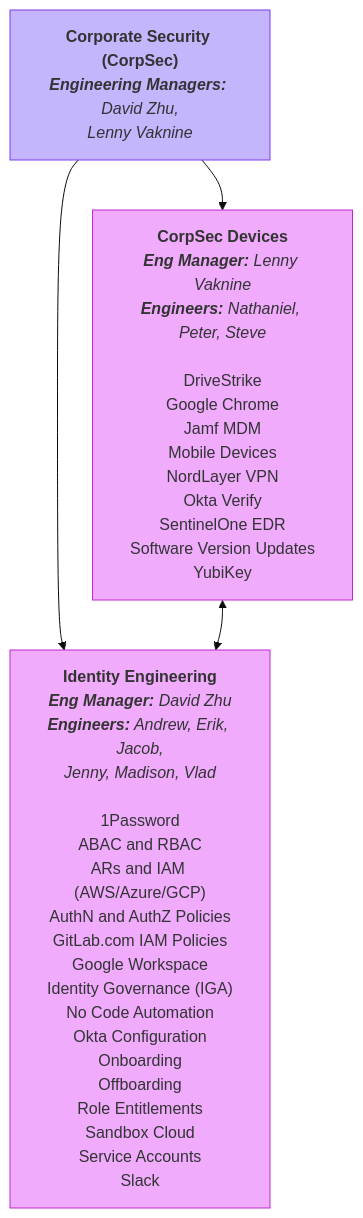
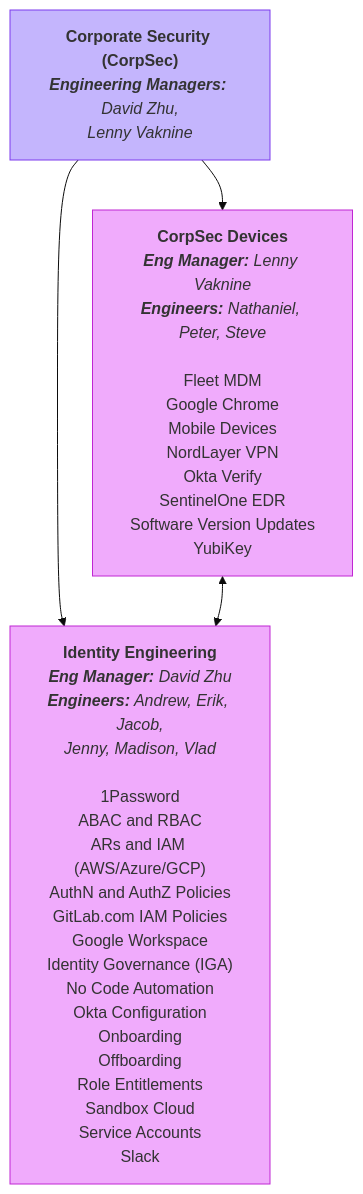
Before and after one commit to kyama0/gitlab-handbook-ja: the first of 2 diagrams in content/handbook/security/corporate/team/_index.md, drawn with Mermaid (base theme). The commit also changed other lines of this file and 12 other files, not shown here.

````diff
--- a/content/handbook/security/corporate/team/_index.md
+++ b/content/handbook/security/corporate/team/_index.md
@@ -222,24 +222,24 @@
 ```mermaid
 graph TB
 
 CORPSEC_SVC["<b>Corporate Security (CorpSec)</b><br><i><b>Engineering Managers:</b> David Zhu,<br>Lenny Vaknine</i>"]:::violet
 
 
-CORPSEC_ENG_DEVICE["<b>CorpSec Devices</b><br><i><b>Eng Manager:</b> Lenny Vaknine</i><br><i><b>Engineers:</b> Nathaniel, Peter, Steve</i><br><br>DriveStrike<br>Google Chrome<br>Jamf MDM<br>Mobile Devices<br>NordLayer VPN<br>Okta Verify<br>SentinelOne EDR<br>Software Version Updates<br>YubiKey"]:::fuchsia
+CORPSEC_ENG_DEVICE["<b>CorpSec Devices</b><br><i><b>Eng Manager:</b> Lenny Vaknine</i><br><i><b>Engineers:</b> Nathaniel, Peter, Steve</i><br><br>Fleet MDM<br>Google Chrome<br>Mobile Devices<br>NordLayer VPN<br>Okta Verify<br>SentinelOne EDR<br>Software Version Updates<br>YubiKey"]:::fuchsia
 CORPSEC_ENG_IDENTITY["<b>Identity Engineering</b><br><i><b>Eng Manager:</b> David Zhu</i><br><i><b>Engineers:</b> Andrew, Erik, Jacob,<br>Jenny, Madison, Vlad</i><br><br>1Password<br>ABAC and RBAC<br>ARs and IAM (AWS/Azure/GCP)<br>AuthN and AuthZ Policies<br>GitLab.com IAM Policies<br>Google Workspace<br>Identity Governance (IGA)<br>No Code Automation<br>Okta Configuration<br>Onboarding<br>Offboarding<br>Role Entitlements<br>Sandbox Cloud<br>Service Accounts<br>Slack"]:::fuchsia
 
 
 classDef slate fill:#cbd5e1,stroke:#475569,stroke-width:1px;
 classDef red fill:#fca5a5,stroke:#dc2626,stroke-width:1px;
 classDef orange fill:#fdba74,stroke:#ea580c,stroke-width:1px;
 classDef yellow fill:#fcd34d,stroke:#ca8a04,stroke-width:1px;
 classDef emerald fill:#6ee7b7,stroke:#059669,stroke-width:1px;
 classDef cyan fill:#67e8f9,stroke:#0891b2,stroke-width:1px;
 classDef sky fill:#7dd3fc,stroke:#0284c7,stroke-width:1px;
 classDef violet fill:#c4b5fd,stroke:#7c3aed,stroke-width:1px;
 classDef fuchsia fill:#f0abfc,stroke:#c026d3,stroke-width:1px;
 CORPSEC_SVC --> CORPSEC_ENG_DEVICE
 CORPSEC_SVC --> CORPSEC_ENG_IDENTITY
 CORPSEC_ENG_DEVICE <--> CORPSEC_ENG_IDENTITY
 
 ```
````
